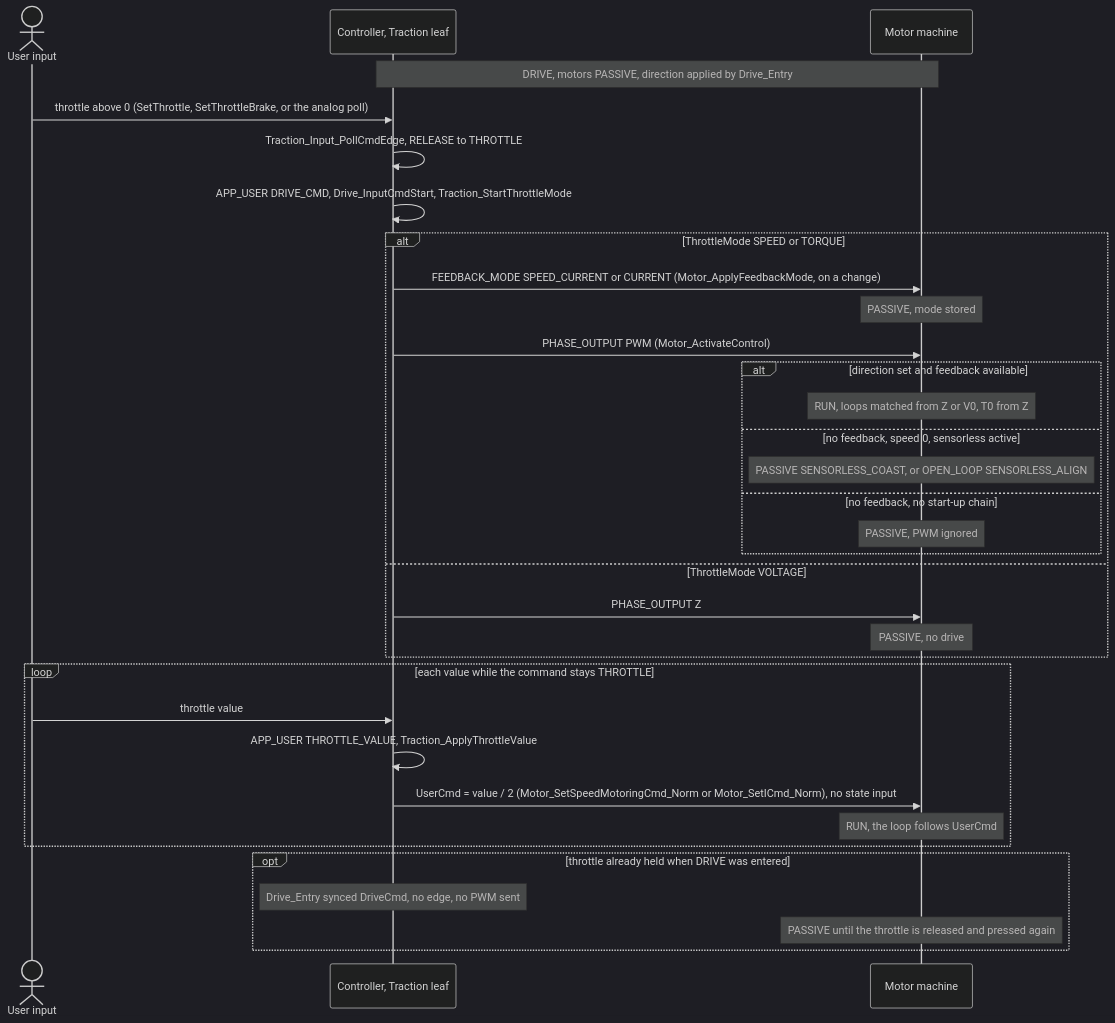
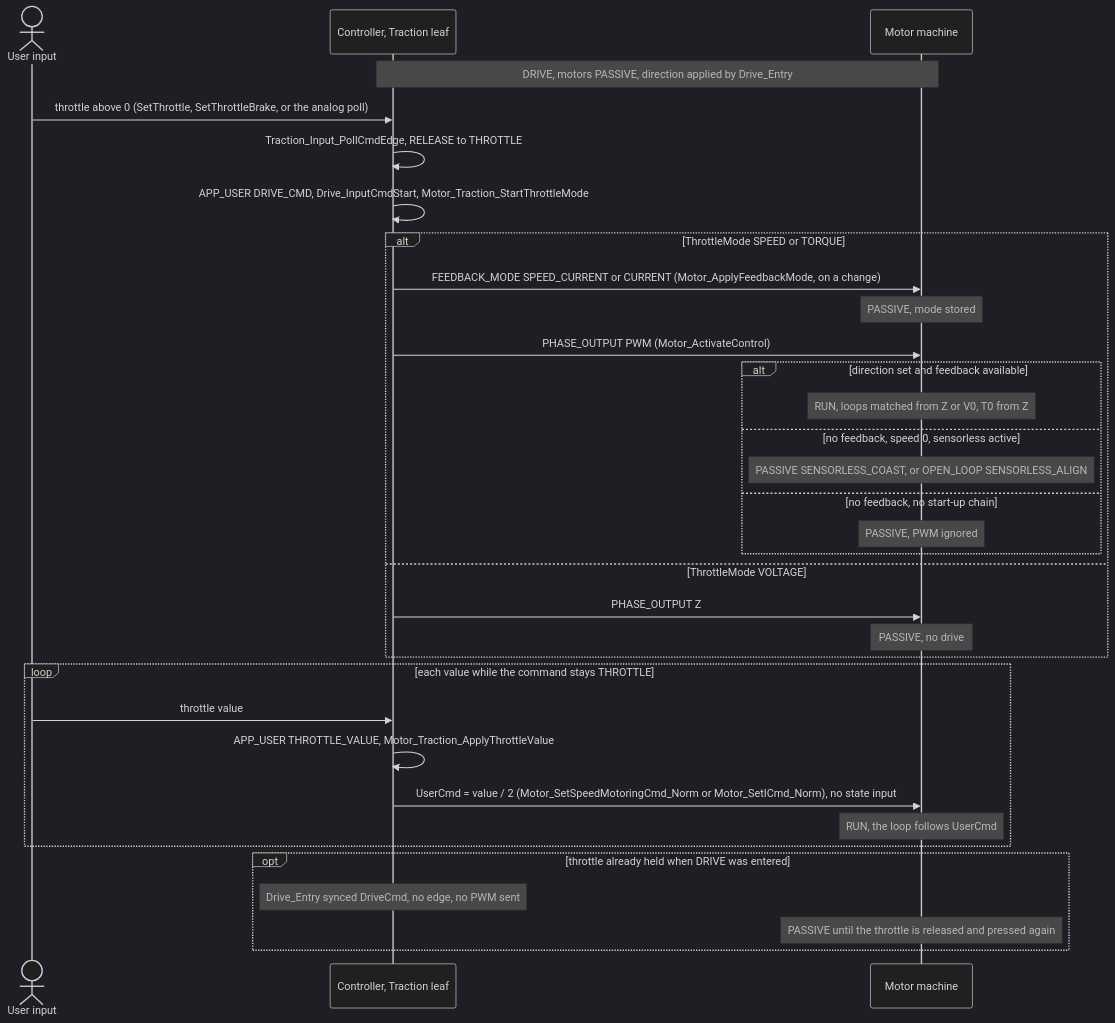
One commit to FireSourcery/FireSourcery_Library changed the second of 6 diagrams in Motor/MotorController/Traction/MotorController_Traction.md. Above: the diagram before and after it, drawn with Mermaid (dark theme). The commit also changed other lines of this file and 9 other files, not shown here.

````diff
--- a/Motor/MotorController/Traction/MotorController_Traction.md
+++ b/Motor/MotorController/Traction/MotorController_Traction.md
@@ -103,35 +105,35 @@
 ```mermaid
 sequenceDiagram
     actor U as User input
     participant C as Controller, Traction leaf
     participant M as Motor machine
     Note over C,M: DRIVE, motors PASSIVE, direction applied by Drive_Entry
     U->>C: throttle above 0 (SetThrottle, SetThrottleBrake, or the analog poll)
     C->>C: Traction_Input_PollCmdEdge, RELEASE to THROTTLE
-    C->>C: APP_USER DRIVE_CMD, Drive_InputCmdStart, Traction_StartThrottleMode
+    C->>C: APP_USER DRIVE_CMD, Drive_InputCmdStart, Motor_Traction_StartThrottleMode
     alt ThrottleMode SPEED or TORQUE
         C->>M: FEEDBACK_MODE SPEED_CURRENT or CURRENT (Motor_ApplyFeedbackMode, on a change)
         Note over M: PASSIVE, mode stored
         C->>M: PHASE_OUTPUT PWM (Motor_ActivateControl)
         alt direction set and feedback available
             Note over M: RUN, loops matched from Z or V0, T0 from Z
         else no feedback, speed 0, sensorless active
             Note over M: PASSIVE SENSORLESS_COAST, or OPEN_LOOP SENSORLESS_ALIGN
         else no feedback, no start-up chain
             Note over M: PASSIVE, PWM ignored
         end
     else ThrottleMode VOLTAGE
         C->>M: PHASE_OUTPUT Z
         Note over M: PASSIVE, no drive
     end
     loop each value while the command stays THROTTLE
         U->>C: throttle value
-        C->>C: APP_USER THROTTLE_VALUE, Traction_ApplyThrottleValue
+        C->>C: APP_USER THROTTLE_VALUE, Motor_Traction_ApplyThrottleValue
         C->>M: UserCmd = value / 2 (Motor_SetSpeedMotoringCmd_Norm or Motor_SetICmd_Norm), no state input
         Note over M: RUN, the loop follows UserCmd
     end
     opt throttle already held when DRIVE was entered
         Note over C: Drive_Entry synced DriveCmd, no edge, no PWM sent
         Note over M: PASSIVE until the throttle is released and pressed again
     end
 ```
````
